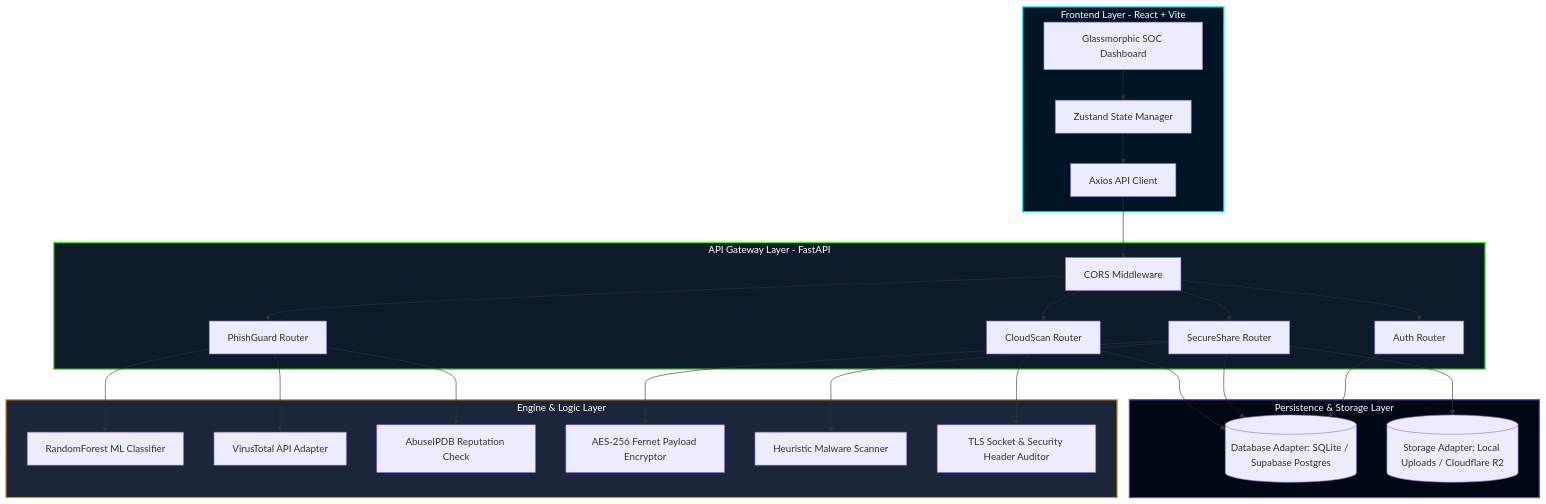
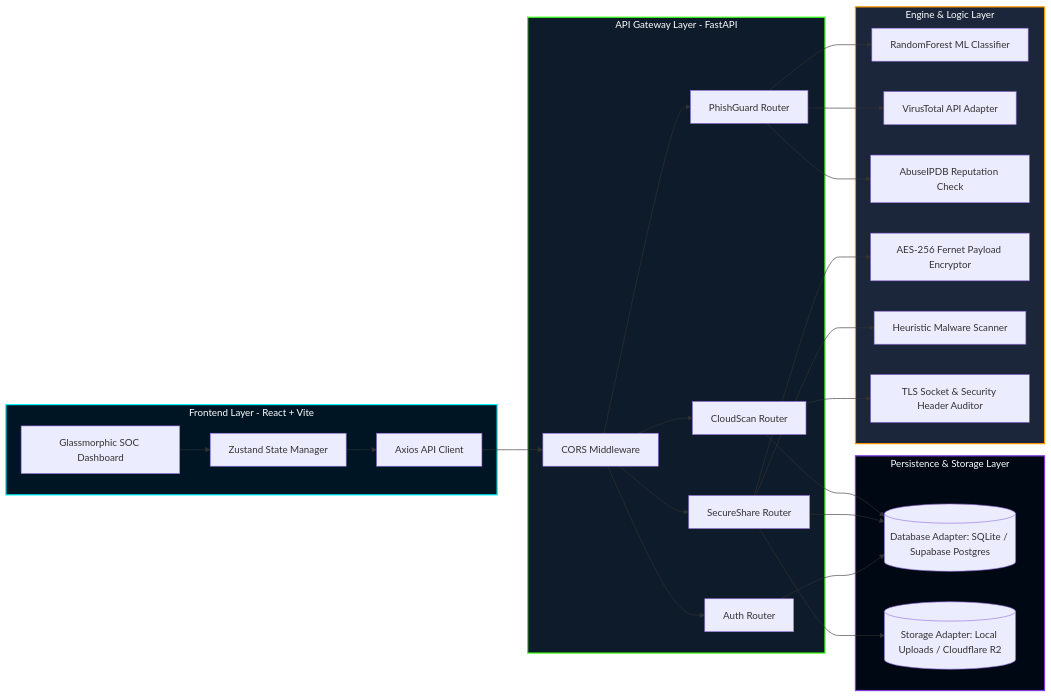
Before and after one commit to saturn-16/Cyber-Sphere: the diagram in README.md, drawn with Mermaid. The commit also changed 1 other file, not shown here.

Commit message:
updated architecture diagram

````diff
--- a/README.md
+++ b/README.md
@@ -16,43 +16,43 @@
 ```mermaid
-graph TD
+graph LR
     %% Frontend Layer
     subgraph Client [Frontend Layer - React + Vite]
         UI[Glassmorphic SOC Dashboard] --> Store[Zustand State Manager]
         Store --> API_Client[Axios API Client]
     end
 
     %% API Gateway Layer
     subgraph Gateway [API Gateway Layer - FastAPI]
         API_Client --> CORS[CORS Middleware]
         CORS --> AuthRouter[Auth Router]
         CORS --> PhishRouter[PhishGuard Router]
         CORS --> ShareRouter[SecureShare Router]
         CORS --> ScanRouter[CloudScan Router]
     end
 
     %% Engine & Logic Layer
     subgraph Engines [Engine & Logic Layer]
         PhishRouter --> ML_Engine[RandomForest ML Classifier]
         PhishRouter --> VT_API[VirusTotal API Adapter]
         PhishRouter --> Abuse_API[AbuseIPDB Reputation Check]
         
         ShareRouter --> Fernet_Enc[AES-256 Fernet Payload Encryptor]
         ShareRouter --> Mal_Scanner[Heuristic Malware Scanner]
         
         ScanRouter --> Aud_Scan[TLS Socket & Security Header Auditor]
     end
 
     %% Database & Storage Layer
     subgraph Storage [Persistence & Storage Layer]
         AuthRouter --> DB_Adapter[(Database Adapter: SQLite / Supabase Postgres)]
         ShareRouter --> DB_Adapter
         ShareRouter --> R2_Storage[(Storage Adapter: Local Uploads / Cloudflare R2)]
         ScanRouter --> DB_Adapter
     end
 
     %% Custom Styling
     style Client fill:#001524,stroke:#00f5ff,stroke-width:2px,color:#fff
     style Gateway fill:#0d1b2a,stroke:#39ff14,stroke-width:2px,color:#fff
     style Engines fill:#1b263b,stroke:#ff9500,stroke-width:2px,color:#fff
     style Storage fill:#000814,stroke:#7c3ade,stroke-width:2px,color:#fff
 ```
````
